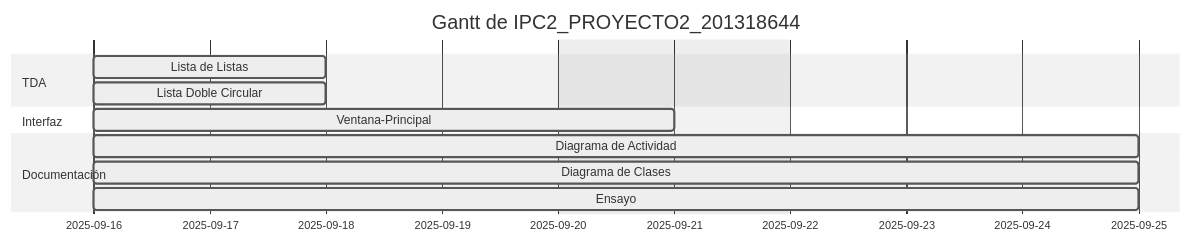
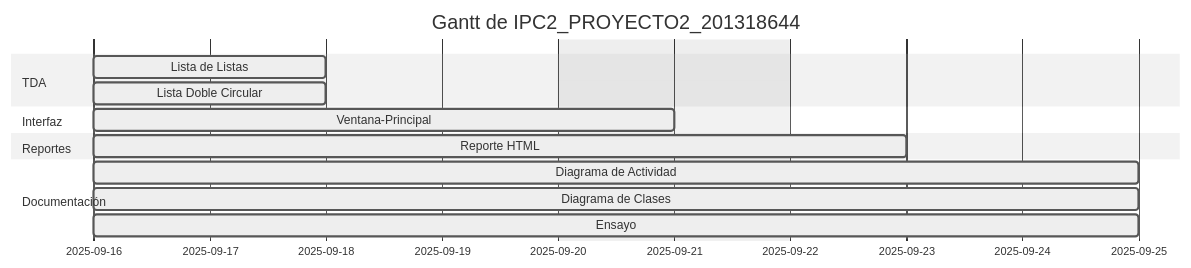
The diagram in docs/gantt.md (MynorCifuentes/GuateRiegos-2.0), drawn with Mermaid (neutral theme) before and after one commit.

Commit message:
Actualiza diagrama de Gantt automático

````diff
--- a/docs/gantt.md
+++ b/docs/gantt.md
@@ -1,16 +1,17 @@
 ```mermaid
 gantt
     dateFormat  YYYY-MM-DD
     title Gantt de IPC2_PROYECTO2_201318644
     excludes    weekends
     section TDA
     Lista de Listas :active, 2, 2025-09-16, 2025-09-18
     Lista Doble Circular :active, 1, 2025-09-16, 2025-09-18
     section Interfaz
     Ventana-Principal :active, 3, 2025-09-16, 2025-09-21
     section Reportes
+    Reporte HTML :active, 7, 2025-09-16, 2025-09-23
     section Documentación
     Diagrama de Actividad :active, 6, 2025-09-16, 2025-09-25
     Diagrama de Clases :active, 5, 2025-09-16, 2025-09-25
     Ensayo :active, 4, 2025-09-16, 2025-09-25
 ```
````
